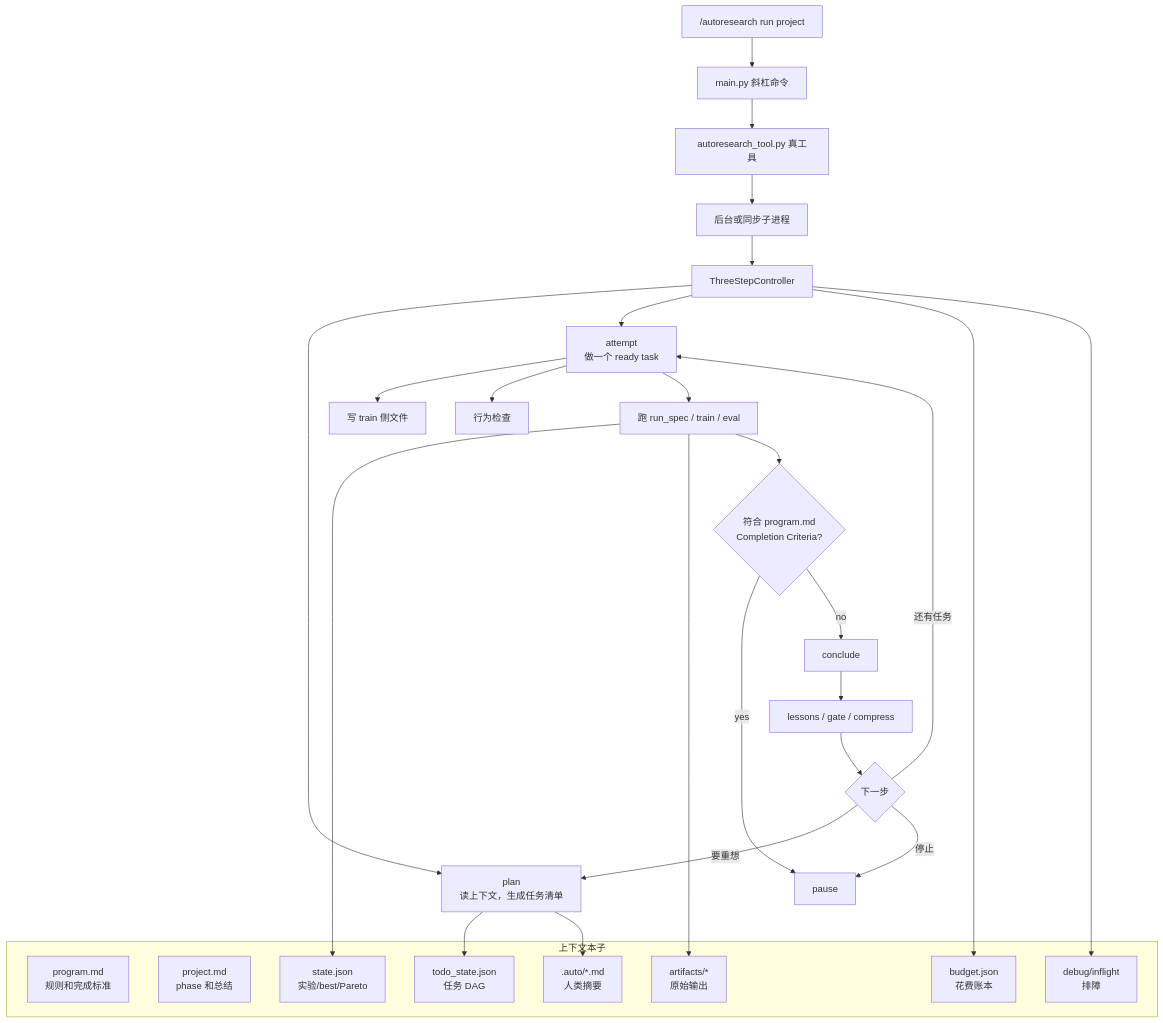
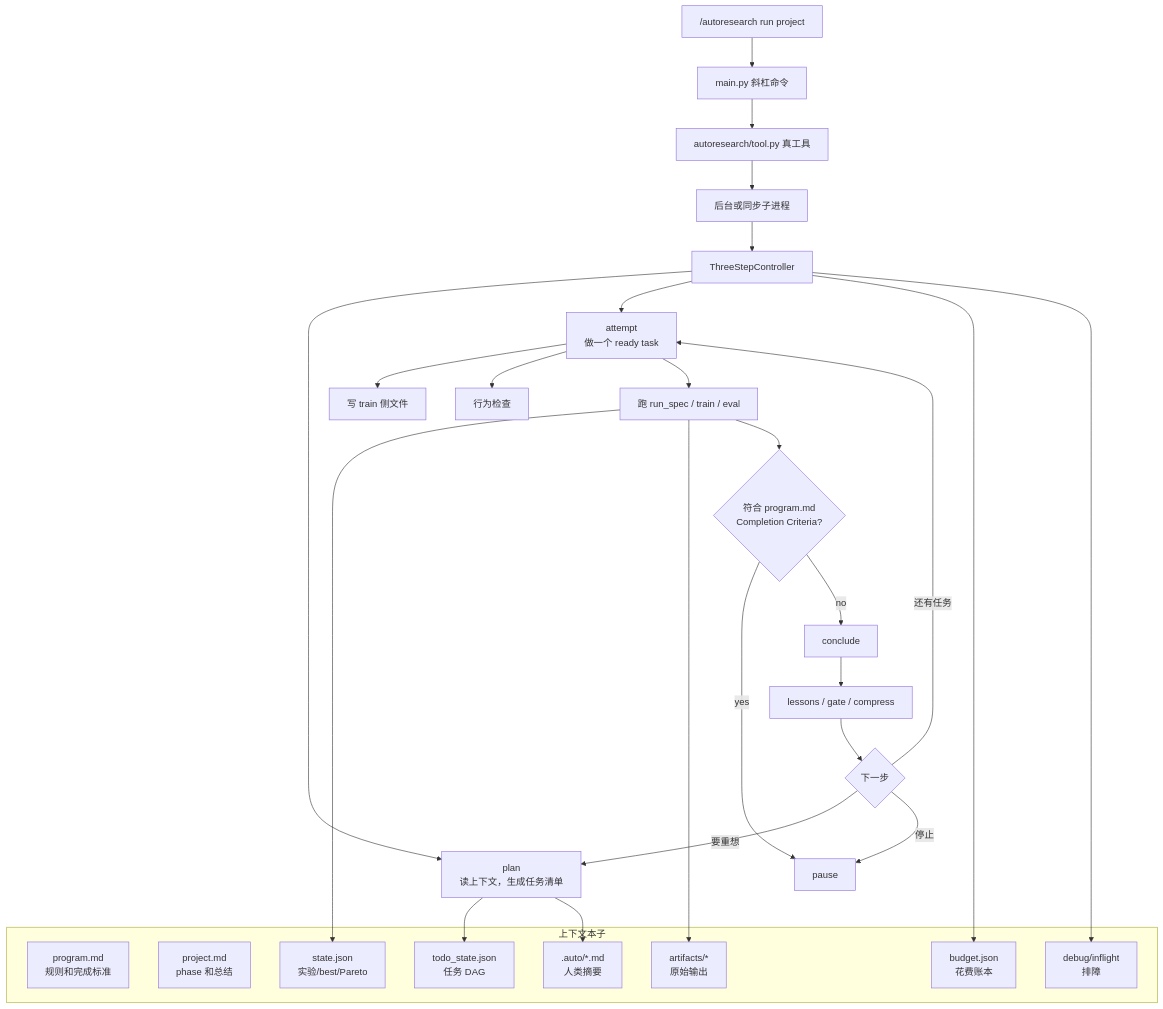
Before and after one commit to littlefishshow/R-Agent: the fourth of 4 diagrams in AUTORESEARCH_小学生版.md, drawn with Mermaid. The commit also changed other lines of this file and 64 other files, not shown here.

Commit message:
refactor autoresearch architecture

````diff
--- a/AUTORESEARCH_小学生版.md
+++ b/AUTORESEARCH_小学生版.md
@@ -689,42 +694,42 @@
 ```mermaid
 flowchart TD
     Slash["/autoresearch run project"] --> Main["main.py 斜杠命令"]
-    Main --> Tool["autoresearch_tool.py 真工具"]
+    Main --> Tool["autoresearch/tool.py 真工具"]
     Tool --> Child["后台或同步子进程"]
     Child --> Controller["ThreeStepController"]
 
     subgraph Context["上下文本子"]
         Program["program.md<br/>规则和完成标准"]
         Project["project.md<br/>phase 和总结"]
         Todo["todo_state.json<br/>任务 DAG"]
         State["state.json<br/>实验/best/Pareto"]
         Auto[".auto/*.md<br/>人类摘要"]
         Artifacts["artifacts/*<br/>原始输出"]
         Budget["budget.json<br/>花费账本"]
         Debug["debug/inflight<br/>排障"]
     end
 
     Controller --> Plan["plan<br/>读上下文，生成任务清单"]
     Plan --> Todo
     Plan --> Auto
 
     Controller --> Attempt["attempt<br/>做一个 ready task"]
     Attempt --> Write["写 train 侧文件"]
     Attempt --> Check["行为检查"]
     Attempt --> Run["跑 run_spec / train / eval"]
 
     Run --> State
     Run --> Artifacts
     Run --> Completion{"符合 program.md<br/>Completion Criteria?"}
     Completion -- yes --> Pause["pause"]
     Completion -- no --> Conclude["conclude"]
 
     Conclude --> Lessons["lessons / gate / compress"]
     Lessons --> Next{"下一步"}
     Next -- 还有任务 --> Attempt
     Next -- 要重想 --> Plan
     Next -- 停止 --> Pause
 
     Controller --> Budget
     Controller --> Debug
 ```
````
